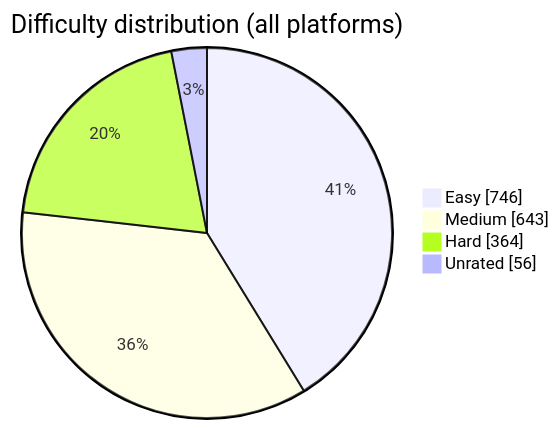
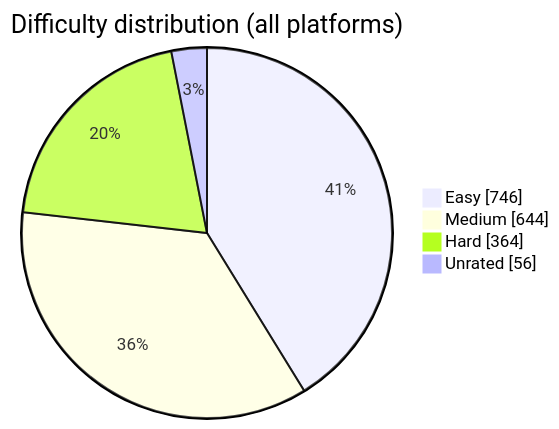
The diagram in README.md (BuildbyArindam/Daily-Coding-Log), drawn with Mermaid before and after one commit. The commit also changed other lines of this file, not shown here.

````diff
--- a/README.md
+++ b/README.md
@@ -108,7 +108,7 @@
 ```mermaid
 pie showData title Difficulty distribution (all platforms)
     "Easy" : 746
-    "Medium" : 643
+    "Medium" : 644
     "Hard" : 364
     "Unrated" : 56
 ```
````
